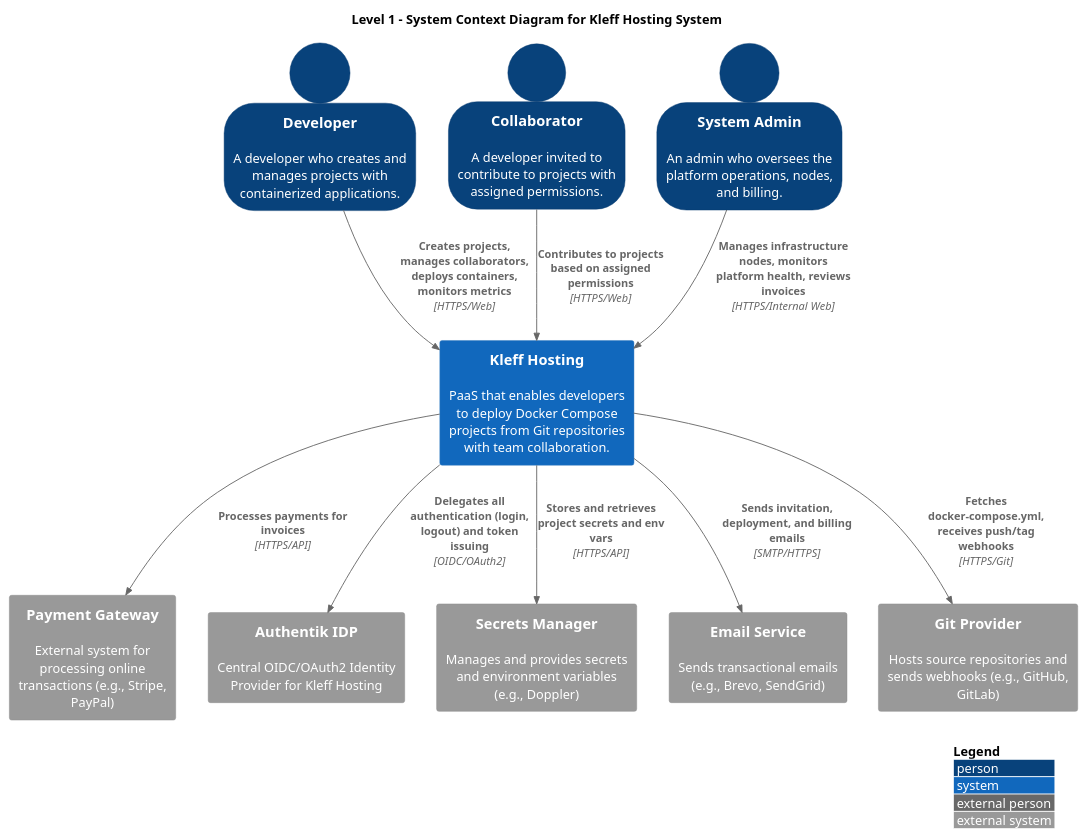
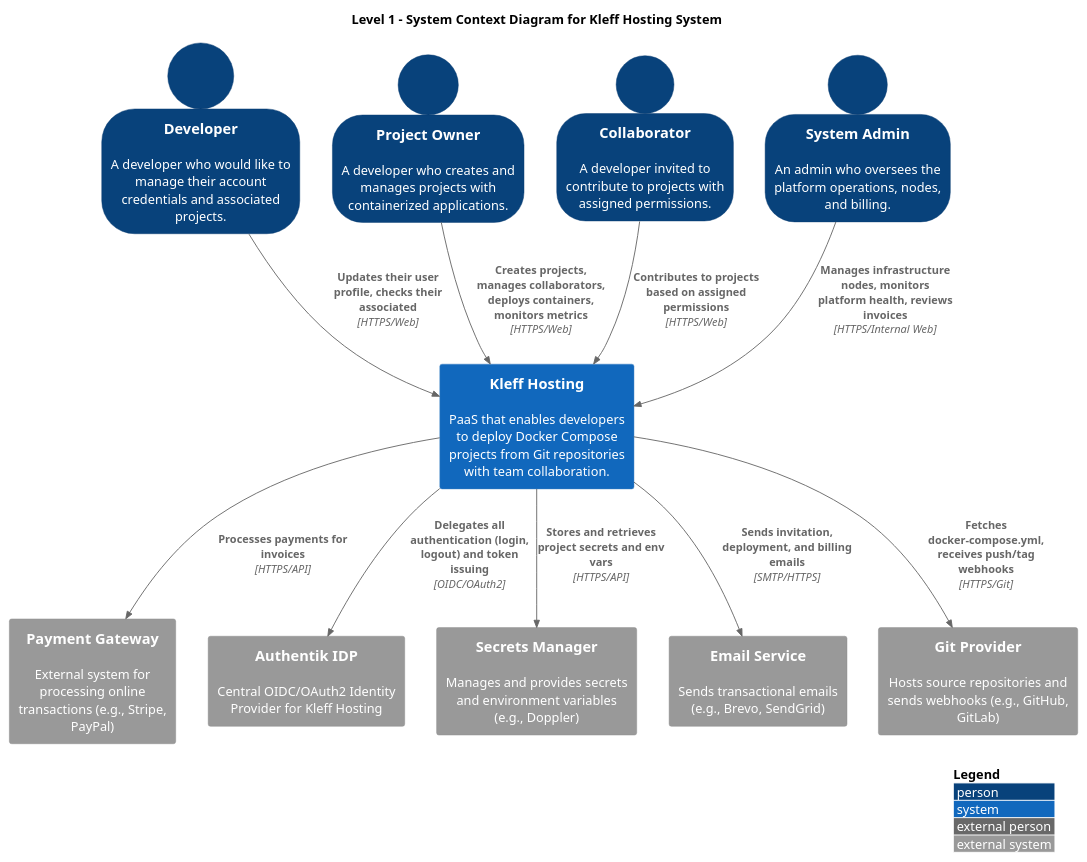
The diagram in docs/C4L1.puml (kleffio/.github), drawn with PlantUML before and after one commit. The commit also changed 8 other files, not shown here.

Commit message:
updated user actors from user to developer

```diff
--- a/docs/C4L1.puml
+++ b/docs/C4L1.puml
@@ -1,34 +1,36 @@
 @startuml
 !include https://raw.githubusercontent.com/plantuml-stdlib/C4-PlantUML/master/C4_Context.puml
 LAYOUT_WITH_LEGEND()
 SHOW_PERSON_OUTLINE()
 
 title Level 1 - System Context Diagram for Kleff Hosting System
 
 ' ==== External Actors ====
-Person(developer, "Developer", "A developer who creates and manages projects with containerized applications.")
+Person(developer, "Developer", "A developer who would like to manage their account credentials and associated projects.")
+Person(projectowner, "Project Owner", "A developer who creates and manages projects with containerized applications.")
 Person(collaborator, "Collaborator", "A developer invited to contribute to projects with assigned permissions.")
 Person(admin, "System Admin", "An admin who oversees the platform operations, nodes, and billing.")
 
 ' ==== External Systems ====
 System_Ext(payment_gateway, "Payment Gateway", "External system for processing online transactions (e.g., Stripe, PayPal)")
 System_Ext(auth_server, "Authentik IDP", "Central OIDC/OAuth2 Identity Provider for Kleff Hosting")
 System_Ext(secret_manager, "Secrets Manager", "Manages and provides secrets and environment variables (e.g., Doppler)")
 System_Ext(emailing_service, "Email Service", "Sends transactional emails (e.g., Brevo, SendGrid)")
 System_Ext(git_provider, "Git Provider", "Hosts source repositories and sends webhooks (e.g., GitHub, GitLab)")
 
 ' ==== System ====
 System(kleff, "Kleff Hosting", "PaaS that enables developers to deploy Docker Compose projects from Git repositories with team collaboration.")
 
 ' ==== Relationships ====
-Rel(developer, kleff, "Creates projects, manages collaborators, deploys containers, monitors metrics", "HTTPS/Web")
+Rel(projectowner, kleff, "Creates projects, manages collaborators, deploys containers, monitors metrics", "HTTPS/Web")
+Rel(developer, kleff, "Updates their user profile, checks their associated ", "HTTPS/Web")
 Rel(collaborator, kleff, "Contributes to projects based on assigned permissions", "HTTPS/Web")
 Rel(admin, kleff, "Manages infrastructure nodes, monitors platform health, reviews invoices", "HTTPS/Internal Web")
 
 Rel(kleff, payment_gateway, "Processes payments for invoices", "HTTPS/API")
 Rel(kleff, auth_server, "Delegates all authentication (login, logout) and token issuing", "OIDC/OAuth2")
 Rel(kleff, secret_manager, "Stores and retrieves project secrets and env vars", "HTTPS/API")
 Rel(kleff, emailing_service, "Sends invitation, deployment, and billing emails", "SMTP/HTTPS")
 Rel(kleff, git_provider, "Fetches docker-compose.yml, receives push/tag webhooks", "HTTPS/Git")
 
 @enduml
```
